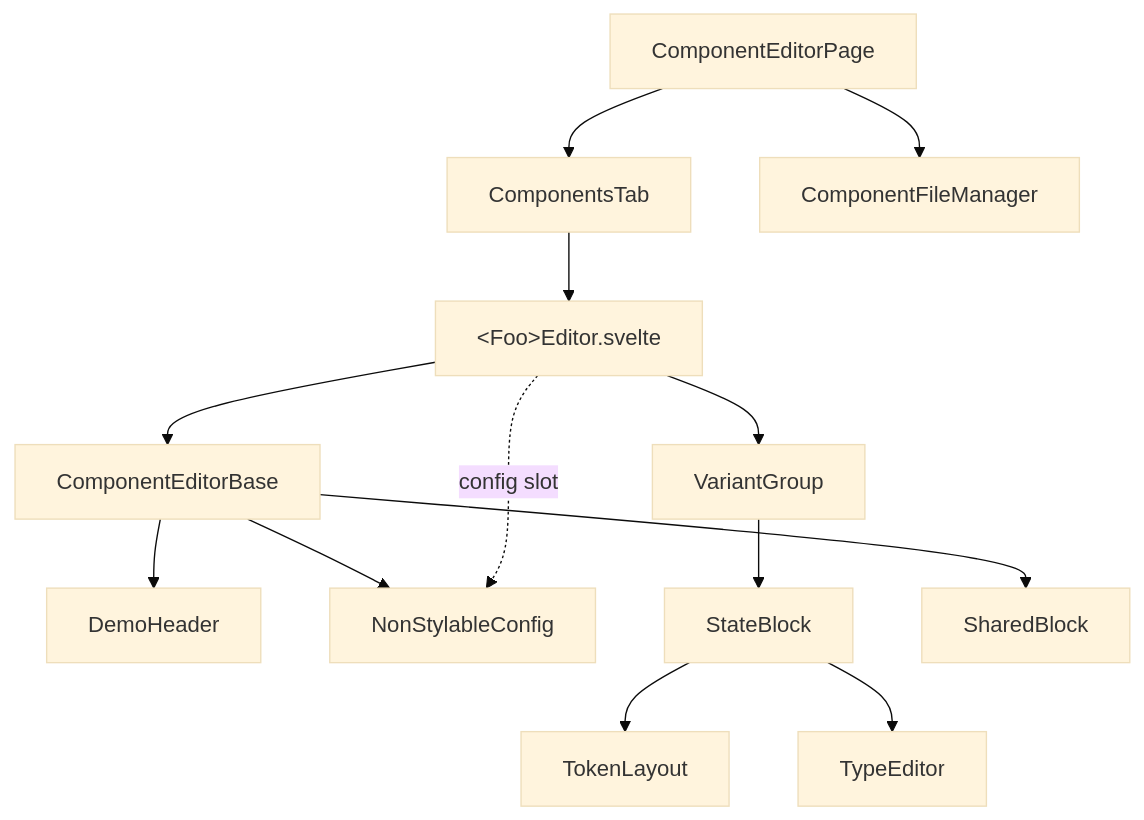
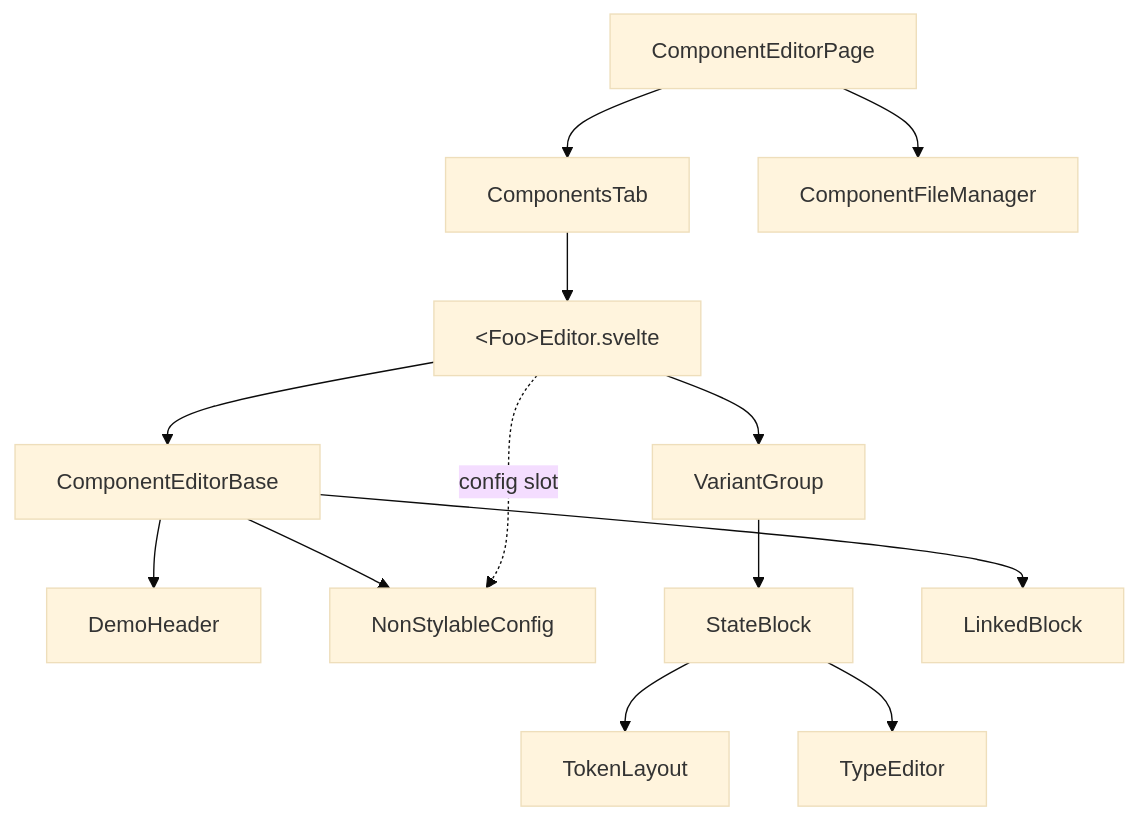
Before and after one commit to motionproto/live-tokens: the second of 2 diagrams in docs/05-component-system.md, drawn with Mermaid (base theme). The commit also changed other lines of this file and 11 other files, not shown here.

````diff
--- a/docs/05-component-system.md
+++ b/docs/05-component-system.md
@@ -262,29 +272,29 @@
 ```mermaid
 flowchart TB
     Page[ComponentEditorPage]
     Tab[ComponentsTab]
     Editor["&lt;Foo&gt;Editor.svelte"]
     Base[ComponentEditorBase]
     Header[DemoHeader]
     NSC[NonStylableConfig]
     VG[VariantGroup]
     SB[StateBlock]
     TL[TokenLayout]
     TE[TypeEditor]
     CFM[ComponentFileManager]
-    SBlock[SharedBlock]
+    LB[LinkedBlock]
 
     Page --> Tab
     Tab --> Editor
     Editor --> Base
     Base --> Header
     Base --> NSC
-    Base --> SBlock
+    Base --> LB
     Editor --> VG
     VG --> SB
     SB --> TL
     SB --> TE
     Page --> CFM
 
     Editor -. "config slot" .-> NSC
 ```
````
